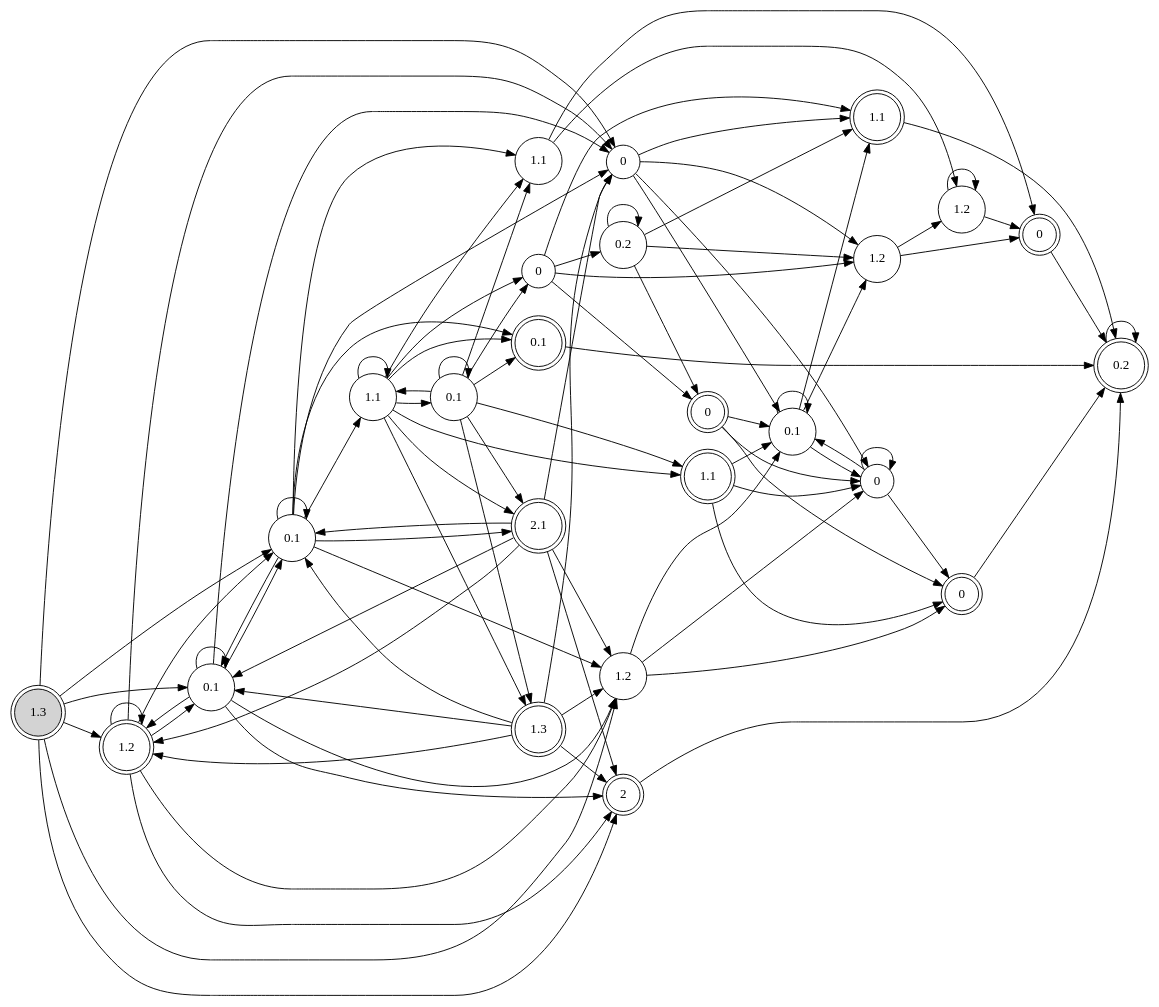
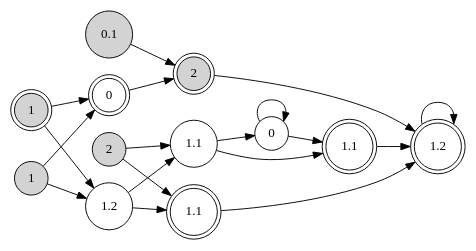
One commit to Tj-Cong/EnPAC_2021_RD changed the diagram in cmake-build-debug/SBA.dot. Above: the diagram before and after it, drawn with Graphviz. The commit also changed 18 other files, not shown here.

```diff
--- a/cmake-build-debug/SBA.dot
+++ b/cmake-build-debug/SBA.dot
@@ -1,123 +1,34 @@
 digraph SBA{
 	rankdir=LR
-	0 [shape=doublecircle,style=filled,label="1.3"]
-	1 [shape=doublecircle,label="1.2"]
-	2 [shape=doublecircle,label="2.1"]
-	5 [shape=doublecircle,label="1.3"]
-	6 [shape=doublecircle,label="2"]
-	7 [shape=circle,label="1.2"]
-	8 [shape=circle,label="0.1"]
-	9 [shape=circle,label="0"]
-	10 [shape=circle,label="0.1"]
-	13 [shape=doublecircle,label="0.1"]
-	14 [shape=circle,label="1.1"]
-	15 [shape=circle,label="1.1"]
-	19 [shape=circle,label="0.1"]
-	23 [shape=doublecircle,label="1.1"]
-	24 [shape=circle,label="0"]
-	25 [shape=circle,label="1.2"]
-	31 [shape=doublecircle,label="0"]
-	32 [shape=doublecircle,label="0.2"]
-	34 [shape=doublecircle,label="0"]
-	38 [shape=circle,label="0.1"]
-	40 [shape=doublecircle,label="1.1"]
-	41 [shape=circle,label="0"]
-	42 [shape=circle,label="1.2"]
-	44 [shape=circle,label="0.2"]
-	45 [shape=doublecircle,label="0"]
+	0 [shape=doublecircle,style=filled,label="2"]
+	1 [shape=circle,style=filled,label="0.1"]
+	2 [shape=doublecircle,style=filled,label="1"]
+	3 [shape=circle,style=filled,label="2"]
+	4 [shape=circle,style=filled,label="1"]
+	5 [shape=doublecircle,label="0"]
+	6 [shape=circle,label="1.2"]
+	8 [shape=doublecircle,label="1.1"]
+	9 [shape=circle,label="1.1"]
+	12 [shape=doublecircle,label="1.2"]
+	14 [shape=doublecircle,label="1.1"]
+	15 [shape=circle,label="0"]
 
-	0->1
-	0->6
-	0->7
-	0->8
-	0->9
-	0->10
-	1->1
-	1->6
-	1->7
-	1->8
-	1->9
-	1->10
-	2->1
+	0->12
+	1->0
+	2->5
 	2->6
-	2->7
-	2->8
-	2->9
-	2->10
-	5->1
-	5->6
-	5->7
-	5->8
-	5->9
-	5->10
-	6->32
-	7->19
-	7->24
-	7->31
-	8->1
-	8->6
-	8->7
-	8->8
-	8->9
-	8->10
-	9->19
-	9->23
-	9->24
-	9->25
-	10->2
-	10->7
-	10->8
-	10->9
-	10->10
-	10->13
-	10->14
-	10->15
-	13->32
-	14->34
-	14->42
-	15->2
-	15->5
-	15->13
+	3->8
+	3->9
+	4->5
+	4->6
+	5->0
+	6->8
+	6->9
+	8->12
+	9->14
+	9->15
+	12->12
+	14->12
 	15->14
 	15->15
-	15->38
-	15->40
-	15->41
-	19->19
-	19->23
-	19->24
-	19->25
-	23->32
-	24->19
-	24->24
-	24->31
-	25->34
-	25->42
-	31->32
-	32->32
-	34->32
-	38->2
-	38->5
-	38->13
-	38->14
-	38->15
-	38->38
-	38->40
-	38->41
-	40->19
-	40->24
-	40->31
-	41->23
-	41->25
-	41->44
-	41->45
-	42->34
-	42->42
-	44->23
-	44->25
-	44->44
-	44->45
-	45->19
-	45->24
-	45->31
 }
```
